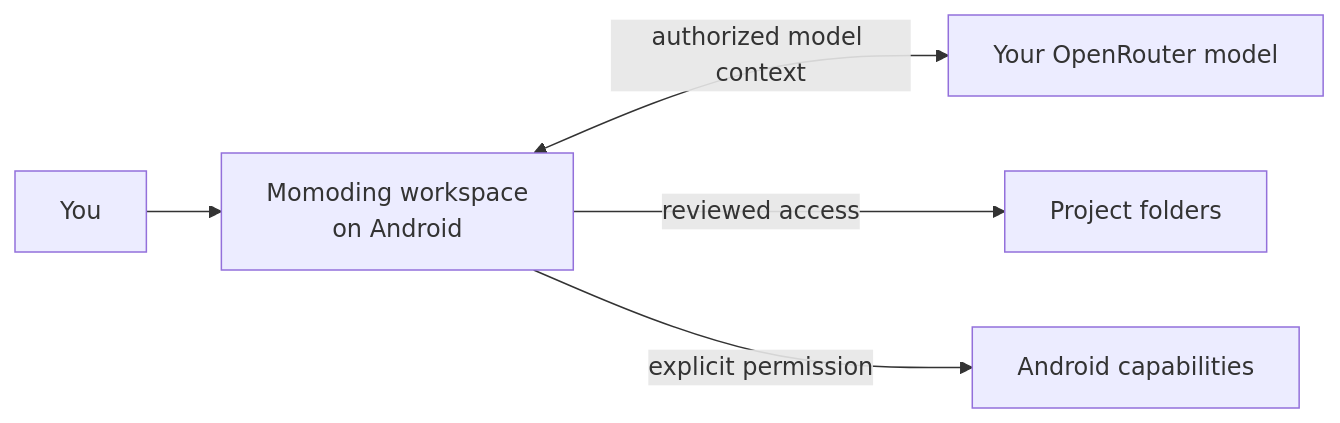
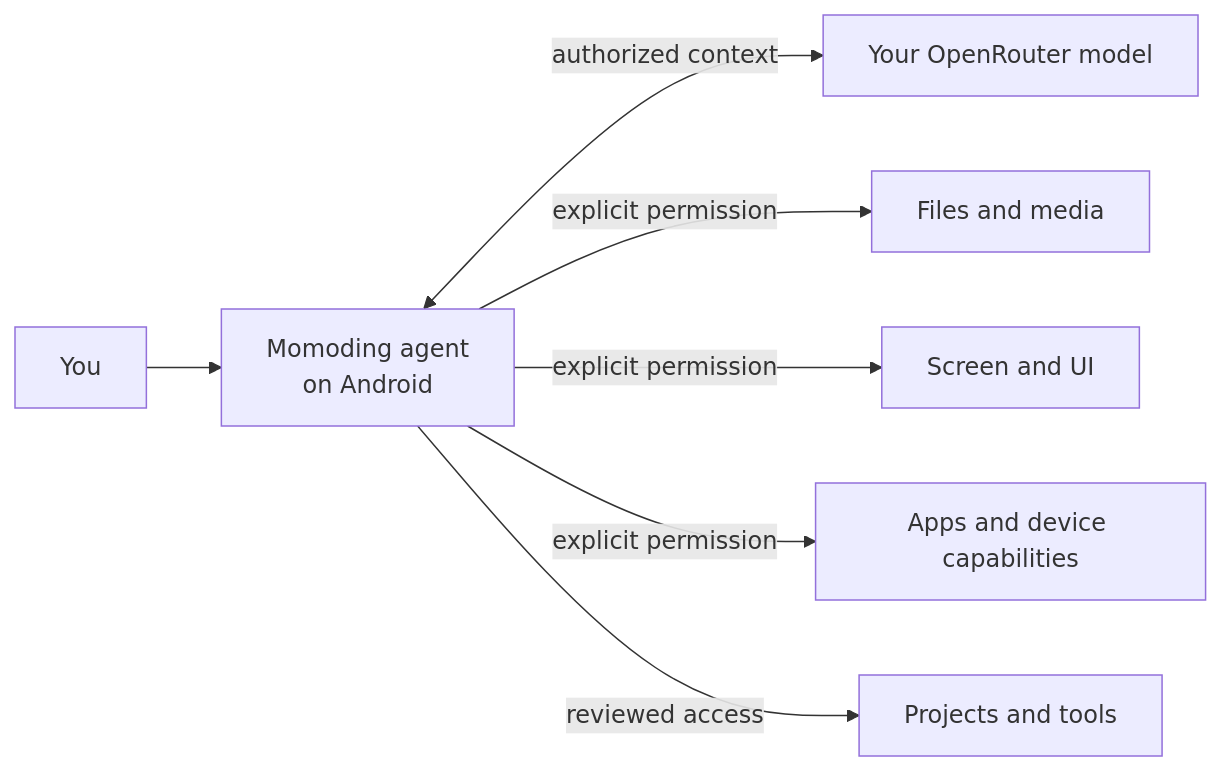
One commit to 1zhangyy1/momoding changed the diagram in README.md. Above: the diagram before and after it, drawn with Mermaid. The commit also changed other lines of this file and 2 other files, not shown here.

Commit message:
Position Momoding as a personal Android agent

````diff
--- a/README.md
+++ b/README.md
@@ -40,7 +47,9 @@
 ```mermaid
 flowchart LR
-    user["You"] --> workspace["Momoding workspace<br/>on Android"]
-    workspace <-->|"authorized model context"| model["Your OpenRouter model"]
-    workspace -->|"reviewed access"| project["Project folders"]
-    workspace -->|"explicit permission"| device["Android capabilities"]
+    user["You"] --> agent["Momoding agent<br/>on Android"]
+    agent <-->|"authorized context"| model["Your OpenRouter model"]
+    agent -->|"explicit permission"| media["Files and media"]
+    agent -->|"explicit permission"| screen["Screen and UI"]
+    agent -->|"explicit permission"| device["Apps and device capabilities"]
+    agent -->|"reviewed access"| projects["Projects and tools"]
 ```
````
